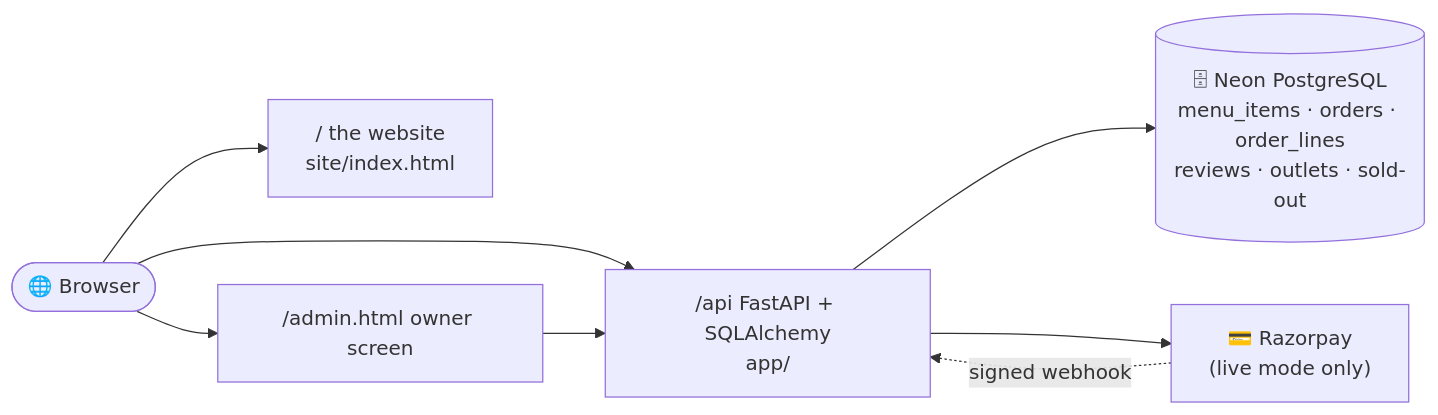
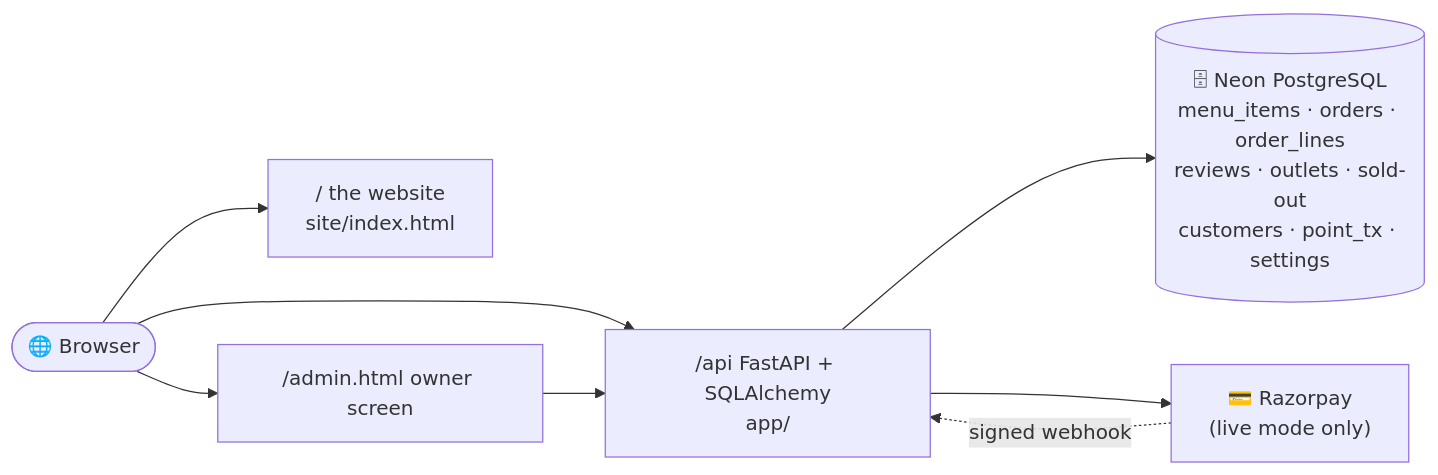
Before and after one commit to sathvik1518/latcha-website: the diagram in README.md, drawn with Mermaid. The commit also changed other lines of this file and 4 other files, not shown here.

````diff
--- a/README.md
+++ b/README.md
@@ -199,10 +240,10 @@
 ```mermaid
 flowchart LR
   B([🌐 Browser]) --> W["/ the website<br/>site/index.html"]
   B --> A["/api FastAPI + SQLAlchemy<br/>app/"]
   B --> O["/admin.html owner screen"]
-  A --> D[("🗄 Neon PostgreSQL<br/>menu_items · orders · order_lines<br/>reviews · outlets · sold-out")]
+  A --> D[("🗄 Neon PostgreSQL<br/>menu_items · orders · order_lines<br/>reviews · outlets · sold-out<br/>customers · point_tx · settings")]
   A --> R["💳 Razorpay<br/>(live mode only)"]
   R -. signed webhook .-> A
   O --> A
 ```
````
